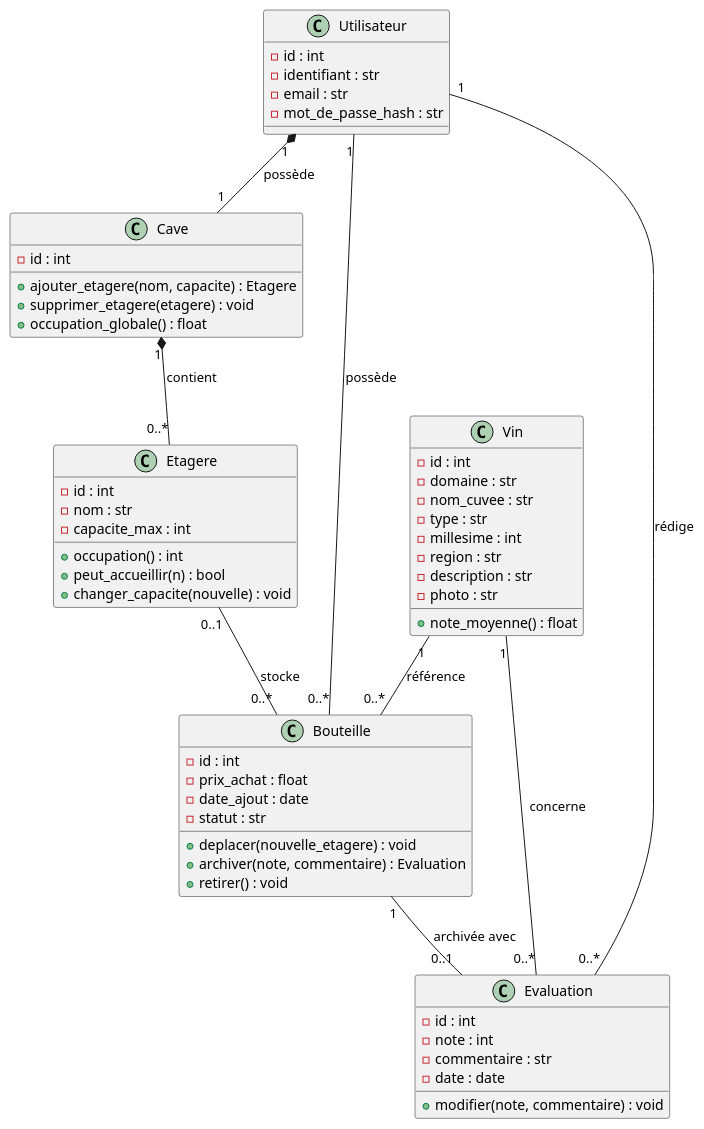
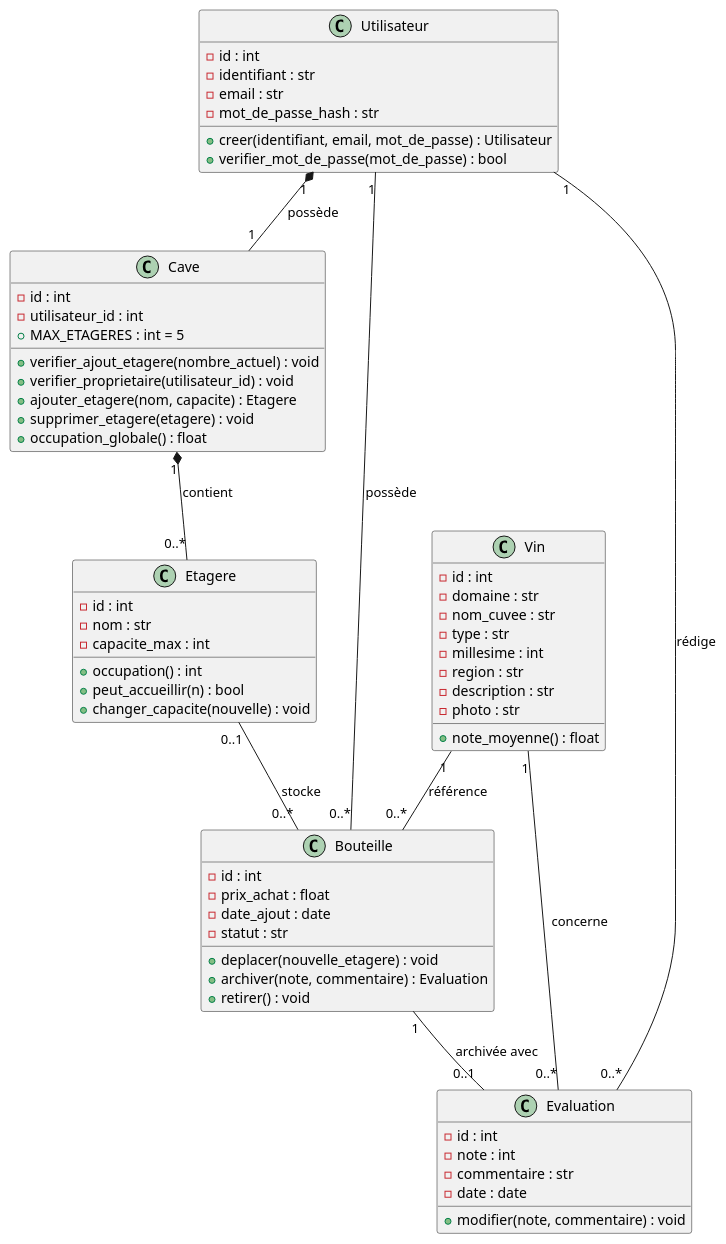
The diagram in docs/uml/diagramme_classes.puml (Wiillyyy/Cavissimo), drawn with PlantUML before and after one commit. The commit also changed 26 other files, not shown here.

```diff
--- a/docs/uml/diagramme_classes.puml
+++ b/docs/uml/diagramme_classes.puml
@@ -1,65 +1,71 @@
 @startuml diagramme_classes
 
 class Utilisateur {
   - id : int
   - identifiant : str
   - email : str
   - mot_de_passe_hash : str
+  + creer(identifiant, email, mot_de_passe) : Utilisateur
+  + verifier_mot_de_passe(mot_de_passe) : bool
 }
 
 class Cave {
   - id : int
+  - utilisateur_id : int
+  + MAX_ETAGERES : int = 5
+  + verifier_ajout_etagere(nombre_actuel) : void
+  + verifier_proprietaire(utilisateur_id) : void
   + ajouter_etagere(nom, capacite) : Etagere
   + supprimer_etagere(etagere) : void
   + occupation_globale() : float
 }
 
 class Etagere {
   - id : int
   - nom : str
   - capacite_max : int
   + occupation() : int
   + peut_accueillir(n) : bool
   + changer_capacite(nouvelle) : void
 }
 
 class Vin {
   - id : int
   - domaine : str
   - nom_cuvee : str
   - type : str
   - millesime : int
   - region : str
   - description : str
   - photo : str
   + note_moyenne() : float
 }
 
 class Bouteille {
   - id : int
   - prix_achat : float
   - date_ajout : date
   - statut : str
   + deplacer(nouvelle_etagere) : void
   + archiver(note, commentaire) : Evaluation
   + retirer() : void
 }
 
 class Evaluation {
   - id : int
   - note : int
   - commentaire : str
   - date : date
   + modifier(note, commentaire) : void
 }
 
 Utilisateur "1" *-- "1" Cave : possède
 Cave "1" *-- "0..*" Etagere : contient
 Utilisateur "1" -- "0..*" Bouteille : possède
 Etagere "0..1" -- "0..*" Bouteille : stocke
 Vin "1" -- "0..*" Bouteille : référence
 Bouteille "1" -- "0..1" Evaluation : archivée avec
 Utilisateur "1" -- "0..*" Evaluation : rédige
 Vin "1" -- "0..*" Evaluation : concerne
 
 @enduml
```
